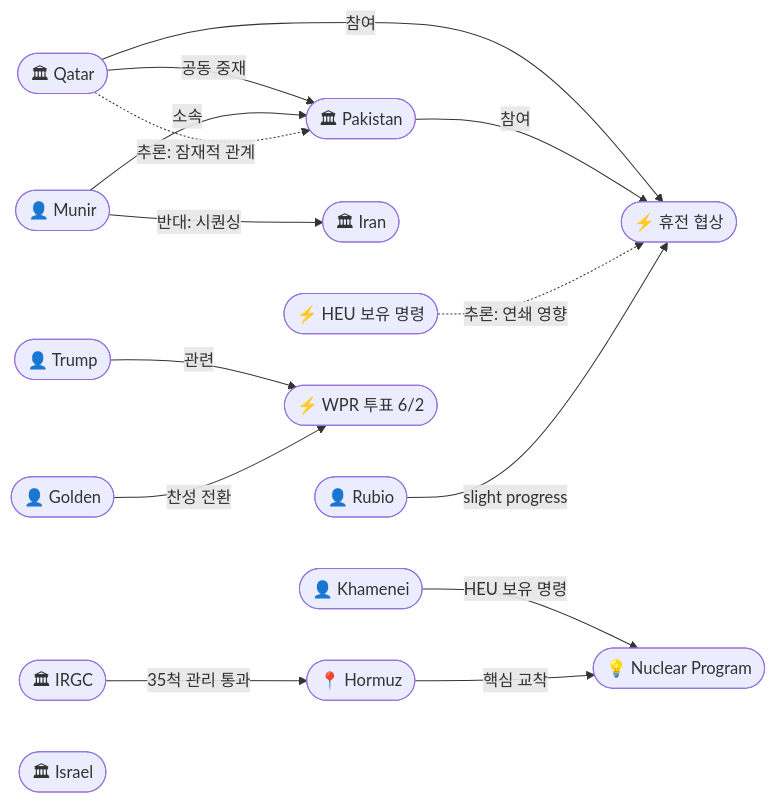
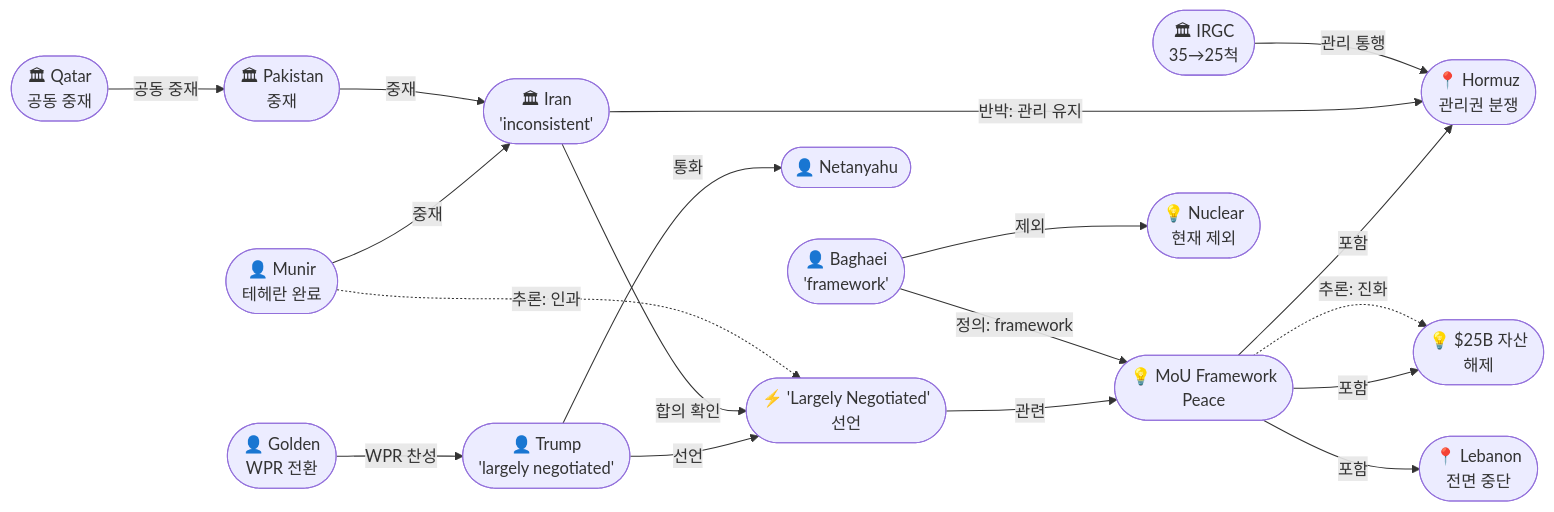
The first of 3 diagrams in reports/2026/05/2026-05-23.md (aifactory-team/onto-osint-for-2026-iran-war), drawn with Mermaid before and after one commit. The commit also changed other lines of this file and 17 other files, not shown here.

````diff
--- a/reports/2026/05/2026-05-23.md
+++ b/reports/2026/05/2026-05-23.md
@@ -82,32 +95,36 @@
 ```mermaid
 graph LR
-    ent-001(["👤 Trump"])
-    ent-028(["👤 Munir"])
-    ent-077(["👤 Rubio"])
-    ent-046(["👤 Khamenei"])
-    ent-426(["👤 Golden"])
-    ent-002(["🏛 Iran"])
-    ent-005(["🏛 IRGC"])
-    ent-029(["🏛 Pakistan"])
-    ent-336(["🏛 Qatar"])
-    ent-004(["🏛 Israel"])
-    ent-016(["⚡ 휴전 협상"])
-    ent-423(["⚡ WPR 투표 6/2"])
-    ent-422(["⚡ HEU 보유 명령"])
-    ent-008(["📍 Hormuz"])
-    ent-025(["💡 Nuclear Program"])
+    ent-001(["👤 Trump<br/>'largely negotiated'"])
+    ent-002(["🏛 Iran<br/>'inconsistent'"])
+    ent-028(["👤 Munir<br/>테헤란 완료"])
+    ent-066(["👤 Baghaei<br/>'framework'"])
+    ent-336(["🏛 Qatar<br/>공동 중재"])
+    ent-029(["🏛 Pakistan<br/>중재"])
+    ent-426(["👤 Golden<br/>WPR 전환"])
+    ent-005(["🏛 IRGC<br/>35→25척"])
+    ent-031(["👤 Netanyahu"])
+    ent-427(["⚡ 'Largely Negotiated'<br/>선언"])
+    ent-428(["💡 MoU Framework<br/>Peace"])
+    ent-429(["💡 $25B 자산<br/>해제"])
+    ent-008(["📍 Hormuz<br/>관리권 분쟁"])
+    ent-050(["📍 Lebanon<br/>전면 중단"])
+    ent-025(["💡 Nuclear<br/>현재 제외"])
 
+    ent-001 -->|선언| ent-427
+    ent-002 -->|합의 확인| ent-427
+    ent-427 -->|관련| ent-428
+    ent-428 -->|포함| ent-008
+    ent-428 -->|포함| ent-429
+    ent-428 -->|포함| ent-050
+    ent-002 -->|반박: 관리 유지| ent-008
+    ent-066 -->|정의: framework| ent-428
+    ent-066 -->|제외| ent-025
+    ent-028 -->|중재| ent-002
     ent-336 -->|공동 중재| ent-029
-    ent-336 -->|참여| ent-016
-    ent-029 -->|참여| ent-016
-    ent-028 -->|소속| ent-029
-    ent-028 -->|반대: 시퀀싱| ent-002
-    ent-005 -->|35척 관리 통과| ent-008
-    ent-046 -->|HEU 보유 명령| ent-025
-    ent-422 -.->|추론: 연쇄 영향| ent-016
-    ent-001 -->|관련| ent-423
-    ent-426 -->|찬성 전환| ent-423
-    ent-077 -->|slight progress| ent-016
-    ent-336 -.->|추론: 잠재적 관계| ent-029
-    ent-008 -->|핵심 교착| ent-025
+    ent-029 -->|중재| ent-002
+    ent-001 -->|통화| ent-031
+    ent-005 -->|관리 통행| ent-008
+    ent-426 -->|WPR 찬성| ent-001
+    ent-028 -.->|추론: 인과| ent-427
+    ent-428 -.->|추론: 진화| ent-429
 ```
````
